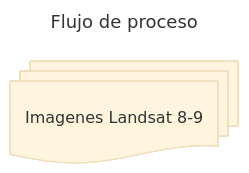
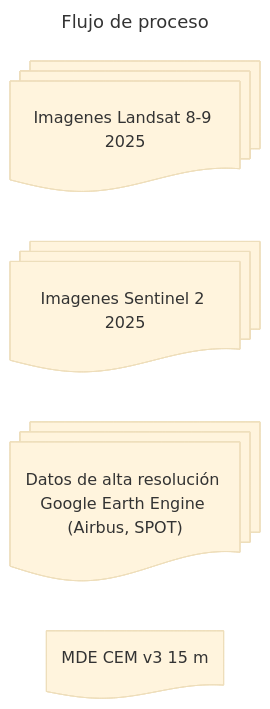
Before and after one commit to vshalisko/mixed_GIS_related_scripts: the diagram in LULC/Tapalpa_flujo_de_proceso.mermaid, drawn with Mermaid (base theme).

```diff
--- a/LULC/Tapalpa_flujo_de_proceso.mermaid
+++ b/LULC/Tapalpa_flujo_de_proceso.mermaid
@@ -1,5 +1,8 @@
 ---
 title: Flujo de proceso
 ---
 flowchart LR
-    C@{ shape: docs, label: "Imagenes Landsat 8-9"}
+    L8@{ shape: docs, label: "Imagenes Landsat 8-9 2025"}
+    S2@{ shape: docs, label: "Imagenes Sentinel 2 2025"}
+    HR@{ shape: docs, label: "Datos de alta resolución Google Earth Engine (Airbus, SPOT)"}
+    MDE@{ shape: doc, label: "MDE CEM v3 15 m"}
```
